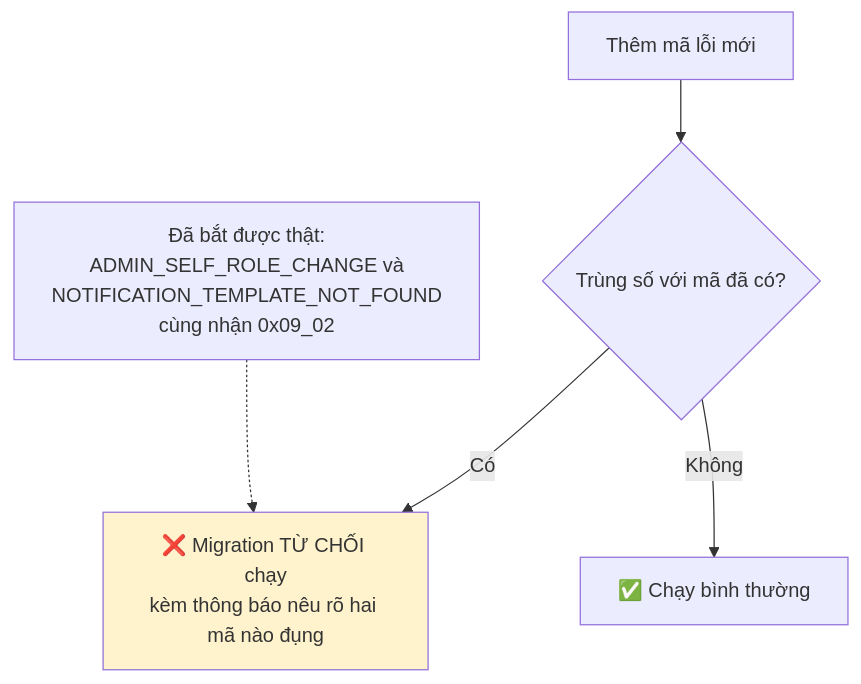
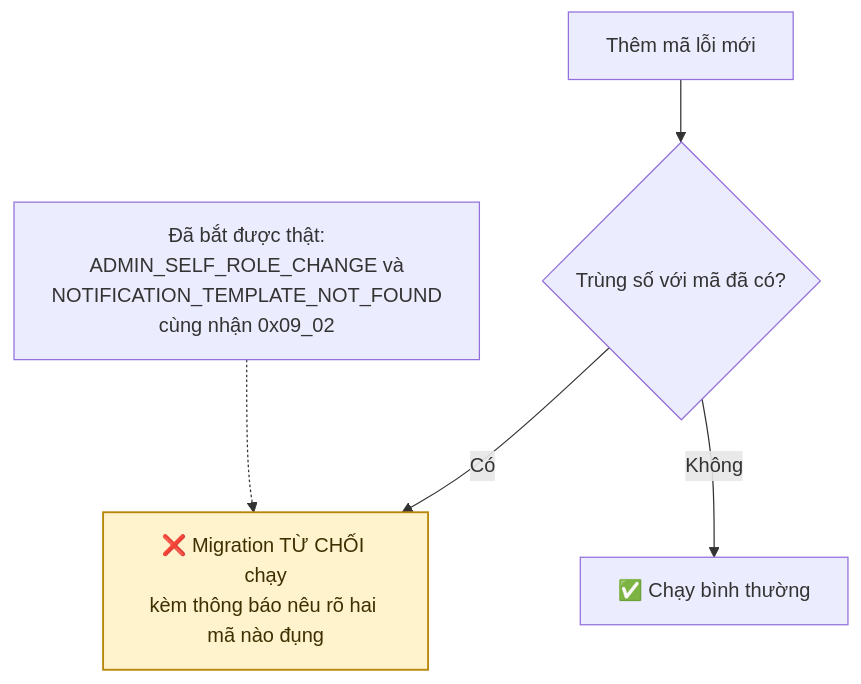
The second of 6 diagrams in docs/diagram/26-api-conventions.md (fdshn/trueheart), drawn with Mermaid before and after one commit. The commit also changed other lines of this file and 30 other files, not shown here.

First line of the commit message:
docs(diagram): chữ trong khối tô màu đọc được ở cả giao diện sáng và tối

````diff
--- a/docs/diagram/26-api-conventions.md
+++ b/docs/diagram/26-api-conventions.md
@@ -40,10 +40,10 @@
 ```mermaid
 flowchart TD
     A[Thêm mã lỗi mới] --> B{Trùng số với mã đã có?}
     B -->|Có| C["❌ Migration TỪ CHỐI chạy<br/>kèm thông báo nêu rõ hai mã nào đụng"]
     B -->|Không| D[✅ Chạy bình thường]
 
     E["Đã bắt được thật:<br/>ADMIN_SELF_ROLE_CHANGE và<br/>NOTIFICATION_TEMPLATE_NOT_FOUND<br/>cùng nhận 0x09_02"] -.-> C
 
-    style C fill:#fff3cd
+    style C fill:#fff3cd,stroke:#b8860b,stroke-width:1.5px,color:#3d2f00
 ```
````
